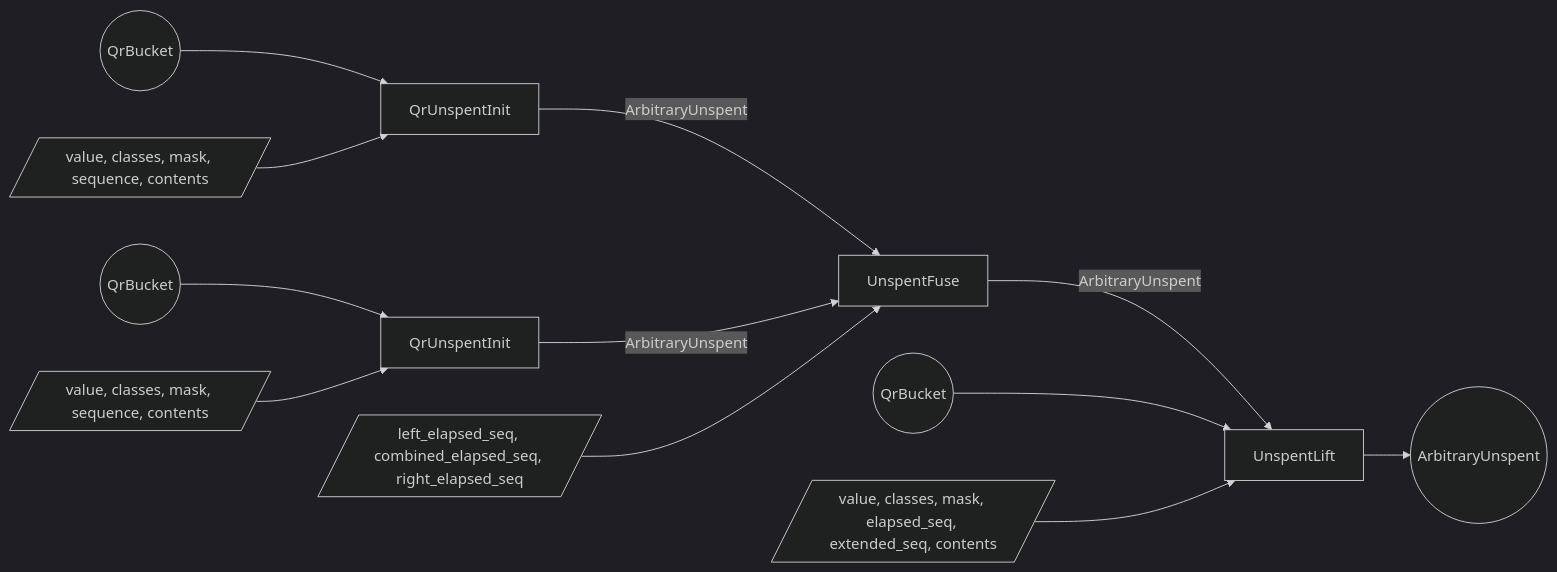
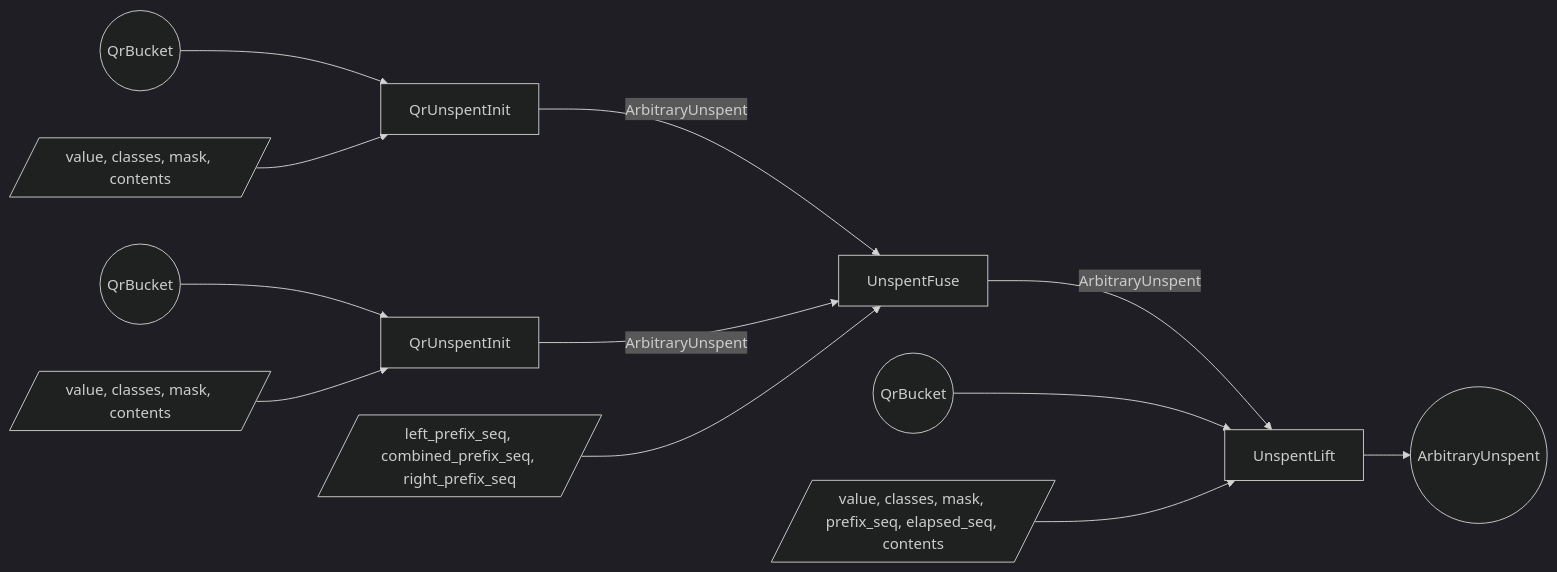
The third of 3 diagrams in book/src/proof-tree.md (tachyon-zcash/tachyon), drawn with Mermaid (dark theme) before and after one commit. The commit also changed other lines of this file, not shown here.

Commit message:
docs(book): unspent prefix and nf_last factor

````diff
--- a/book/src/proof-tree.md
+++ b/book/src/proof-tree.md
@@ -511,27 +519,27 @@
 ```mermaid
 flowchart LR
   bucket_e((QrBucket))
-  w_init[/value, classes, mask, sequence, contents/]
+  w_init[/value, classes, mask, contents/]
   s_init[QrUnspentInit]
   bucket_next((QrBucket))
-  w_next[/value, classes, mask, sequence, contents/]
+  w_next[/value, classes, mask, contents/]
   s_next[QrUnspentInit]
-  w_ufuse[/left_elapsed_seq, combined_elapsed_seq, right_elapsed_seq/]
+  w_ufuse[/left_prefix_seq, combined_prefix_seq, right_prefix_seq/]
   s_ufuse[UnspentFuse]
   bucket_after((QrBucket))
-  w_ulift[/value, classes, mask, elapsed_seq, extended_seq, contents/]
+  w_ulift[/value, classes, mask, prefix_seq, elapsed_seq, contents/]
   s_ulift[UnspentLift]
   unspent_out((ArbitraryUnspent))
 
   bucket_e --> s_init
   w_init --> s_init
   bucket_next --> s_next
   w_next --> s_next
   s_init -->|ArbitraryUnspent| s_ufuse
   s_next -->|ArbitraryUnspent| s_ufuse
   w_ufuse --> s_ufuse
   s_ufuse -->|ArbitraryUnspent| s_ulift
   bucket_after --> s_ulift
   w_ulift --> s_ulift
   s_ulift --> unspent_out
 ```
````
